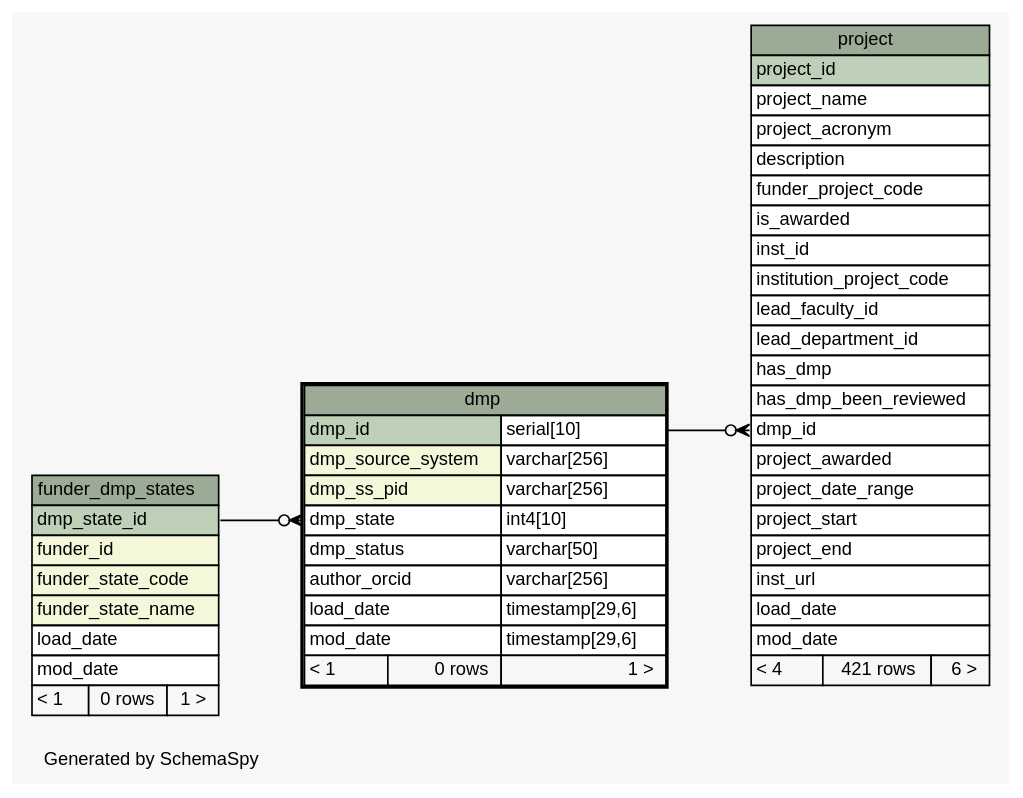
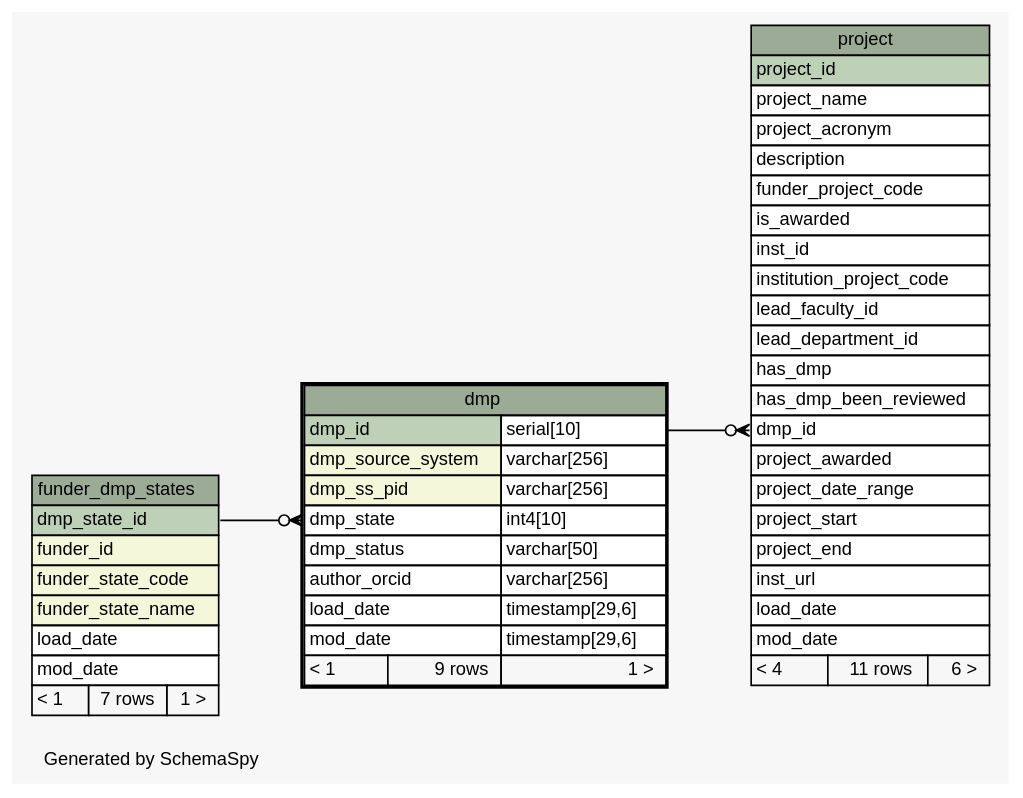
Before and after one commit to lulibrary/dmao_infrastructure: the diagram in ss.out/diagrams/dmp.1degree.dot, drawn with Graphviz. The commit also changed 79 other files, not shown here.

```diff
--- a/ss.out/diagrams/dmp.1degree.dot
+++ b/ss.out/diagrams/dmp.1degree.dot
@@ -1,85 +1,85 @@
-// dot 2.38.0 on Linux 3.16.0-4-amd64
+// dot 2.36.0 on Linux 3.13.0-63-generic
 // SchemaSpy rev 590
 digraph "oneDegreeRelationshipsDiagram" {
   graph [
     rankdir="RL"
     bgcolor="#f7f7f7"
     label="\nGenerated by SchemaSpy"
     labeljust="l"
     nodesep="0.18"
     ranksep="0.46"
     fontname="Helvetica"
     fontsize="11"
   ];
   node [
     fontname="Helvetica"
     fontsize="11"
     shape="plaintext"
   ];
   edge [
     arrowsize="0.8"
   ];
   "dmp":"dmp_state":w -> "funder_dmp_states":"dmp_state_id":e [arrowhead=none dir=back arrowtail=crowodot];
   "project":"dmp_id":w -> "dmp":"dmp_id.type":e [arrowhead=none dir=back arrowtail=crowodot];
   "dmp" [
     label=<
     <TABLE BORDER="2" CELLBORDER="1" CELLSPACING="0" BGCOLOR="#ffffff">
       <TR><TD COLSPAN="3" BGCOLOR="#9bab96" ALIGN="CENTER">dmp</TD></TR>
       <TR><TD PORT="dmp_id" COLSPAN="2" BGCOLOR="#bed1b8" ALIGN="LEFT">dmp_id</TD><TD PORT="dmp_id.type" ALIGN="LEFT">serial[10]</TD></TR>
       <TR><TD PORT="dmp_source_system" COLSPAN="2" BGCOLOR="#f4f7da" ALIGN="LEFT">dmp_source_system</TD><TD PORT="dmp_source_system.type" ALIGN="LEFT">varchar[256]</TD></TR>
       <TR><TD PORT="dmp_ss_pid" COLSPAN="2" BGCOLOR="#f4f7da" ALIGN="LEFT">dmp_ss_pid</TD><TD PORT="dmp_ss_pid.type" ALIGN="LEFT">varchar[256]</TD></TR>
       <TR><TD PORT="dmp_state" COLSPAN="2" ALIGN="LEFT">dmp_state</TD><TD PORT="dmp_state.type" ALIGN="LEFT">int4[10]</TD></TR>
       <TR><TD PORT="dmp_status" COLSPAN="2" ALIGN="LEFT">dmp_status</TD><TD PORT="dmp_status.type" ALIGN="LEFT">varchar[50]</TD></TR>
       <TR><TD PORT="author_orcid" COLSPAN="2" ALIGN="LEFT">author_orcid</TD><TD PORT="author_orcid.type" ALIGN="LEFT">varchar[256]</TD></TR>
       <TR><TD PORT="load_date" COLSPAN="2" ALIGN="LEFT">load_date</TD><TD PORT="load_date.type" ALIGN="LEFT">timestamp[29,6]</TD></TR>
       <TR><TD PORT="mod_date" COLSPAN="2" ALIGN="LEFT">mod_date</TD><TD PORT="mod_date.type" ALIGN="LEFT">timestamp[29,6]</TD></TR>
-      <TR><TD ALIGN="LEFT" BGCOLOR="#f7f7f7">&lt; 1</TD><TD ALIGN="RIGHT" BGCOLOR="#f7f7f7">0 rows</TD><TD ALIGN="RIGHT" BGCOLOR="#f7f7f7">1 &gt;</TD></TR>
+      <TR><TD ALIGN="LEFT" BGCOLOR="#f7f7f7">&lt; 1</TD><TD ALIGN="RIGHT" BGCOLOR="#f7f7f7">9 rows</TD><TD ALIGN="RIGHT" BGCOLOR="#f7f7f7">1 &gt;</TD></TR>
     </TABLE>>
     URL="dmp.html"
     tooltip="dmp"
   ];
   "funder_dmp_states" [
     label=<
     <TABLE BORDER="0" CELLBORDER="1" CELLSPACING="0" BGCOLOR="#ffffff">
       <TR><TD COLSPAN="3" BGCOLOR="#9bab96" ALIGN="CENTER">funder_dmp_states</TD></TR>
       <TR><TD PORT="dmp_state_id" COLSPAN="3" BGCOLOR="#bed1b8" ALIGN="LEFT">dmp_state_id</TD></TR>
       <TR><TD PORT="funder_id" COLSPAN="3" BGCOLOR="#f4f7da" ALIGN="LEFT">funder_id</TD></TR>
       <TR><TD PORT="funder_state_code" COLSPAN="3" BGCOLOR="#f4f7da" ALIGN="LEFT">funder_state_code</TD></TR>
       <TR><TD PORT="funder_state_name" COLSPAN="3" BGCOLOR="#f4f7da" ALIGN="LEFT">funder_state_name</TD></TR>
       <TR><TD PORT="load_date" COLSPAN="3" ALIGN="LEFT">load_date</TD></TR>
       <TR><TD PORT="mod_date" COLSPAN="3" ALIGN="LEFT">mod_date</TD></TR>
-      <TR><TD ALIGN="LEFT" BGCOLOR="#f7f7f7">&lt; 1</TD><TD ALIGN="RIGHT" BGCOLOR="#f7f7f7">0 rows</TD><TD ALIGN="RIGHT" BGCOLOR="#f7f7f7">1 &gt;</TD></TR>
+      <TR><TD ALIGN="LEFT" BGCOLOR="#f7f7f7">&lt; 1</TD><TD ALIGN="RIGHT" BGCOLOR="#f7f7f7">7 rows</TD><TD ALIGN="RIGHT" BGCOLOR="#f7f7f7">1 &gt;</TD></TR>
     </TABLE>>
     URL="funder_dmp_states.html"
     tooltip="funder_dmp_states"
   ];
   "project" [
     label=<
     <TABLE BORDER="0" CELLBORDER="1" CELLSPACING="0" BGCOLOR="#ffffff">
       <TR><TD COLSPAN="3" BGCOLOR="#9bab96" ALIGN="CENTER">project</TD></TR>
       <TR><TD PORT="project_id" COLSPAN="3" BGCOLOR="#bed1b8" ALIGN="LEFT">project_id</TD></TR>
       <TR><TD PORT="project_name" COLSPAN="3" ALIGN="LEFT">project_name</TD></TR>
       <TR><TD PORT="project_acronym" COLSPAN="3" ALIGN="LEFT">project_acronym</TD></TR>
       <TR><TD PORT="description" COLSPAN="3" ALIGN="LEFT">description</TD></TR>
       <TR><TD PORT="funder_project_code" COLSPAN="3" ALIGN="LEFT">funder_project_code</TD></TR>
       <TR><TD PORT="is_awarded" COLSPAN="3" ALIGN="LEFT">is_awarded</TD></TR>
       <TR><TD PORT="inst_id" COLSPAN="3" ALIGN="LEFT">inst_id</TD></TR>
       <TR><TD PORT="institution_project_code" COLSPAN="3" ALIGN="LEFT">institution_project_code</TD></TR>
       <TR><TD PORT="lead_faculty_id" COLSPAN="3" ALIGN="LEFT">lead_faculty_id</TD></TR>
       <TR><TD PORT="lead_department_id" COLSPAN="3" ALIGN="LEFT">lead_department_id</TD></TR>
       <TR><TD PORT="has_dmp" COLSPAN="3" ALIGN="LEFT">has_dmp</TD></TR>
       <TR><TD PORT="has_dmp_been_reviewed" COLSPAN="3" ALIGN="LEFT">has_dmp_been_reviewed</TD></TR>
       <TR><TD PORT="dmp_id" COLSPAN="3" ALIGN="LEFT">dmp_id</TD></TR>
       <TR><TD PORT="project_awarded" COLSPAN="3" ALIGN="LEFT">project_awarded</TD></TR>
       <TR><TD PORT="project_date_range" COLSPAN="3" ALIGN="LEFT">project_date_range</TD></TR>
       <TR><TD PORT="project_start" COLSPAN="3" ALIGN="LEFT">project_start</TD></TR>
       <TR><TD PORT="project_end" COLSPAN="3" ALIGN="LEFT">project_end</TD></TR>
       <TR><TD PORT="inst_url" COLSPAN="3" ALIGN="LEFT">inst_url</TD></TR>
       <TR><TD PORT="load_date" COLSPAN="3" ALIGN="LEFT">load_date</TD></TR>
       <TR><TD PORT="mod_date" COLSPAN="3" ALIGN="LEFT">mod_date</TD></TR>
-      <TR><TD ALIGN="LEFT" BGCOLOR="#f7f7f7">&lt; 4</TD><TD ALIGN="RIGHT" BGCOLOR="#f7f7f7">421 rows</TD><TD ALIGN="RIGHT" BGCOLOR="#f7f7f7">6 &gt;</TD></TR>
+      <TR><TD ALIGN="LEFT" BGCOLOR="#f7f7f7">&lt; 4</TD><TD ALIGN="RIGHT" BGCOLOR="#f7f7f7">11 rows</TD><TD ALIGN="RIGHT" BGCOLOR="#f7f7f7">6 &gt;</TD></TR>
     </TABLE>>
     URL="project.html"
     tooltip="project"
   ];
 }
```
